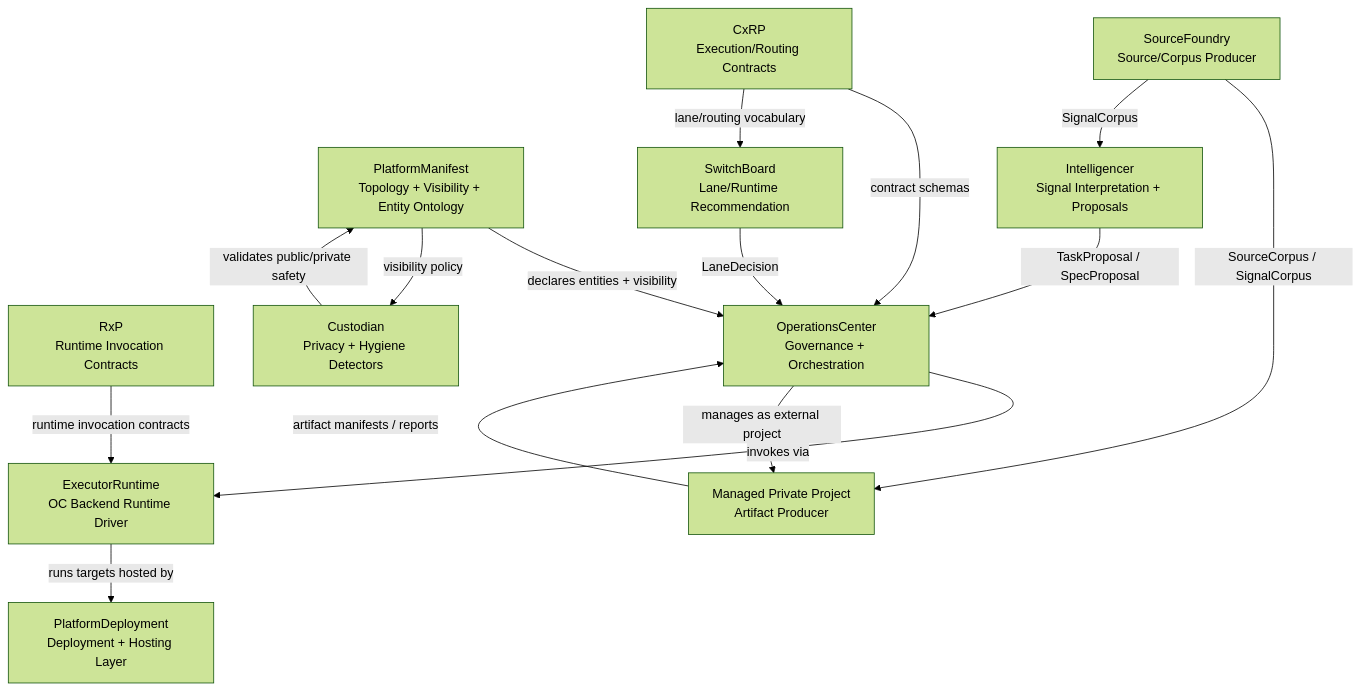
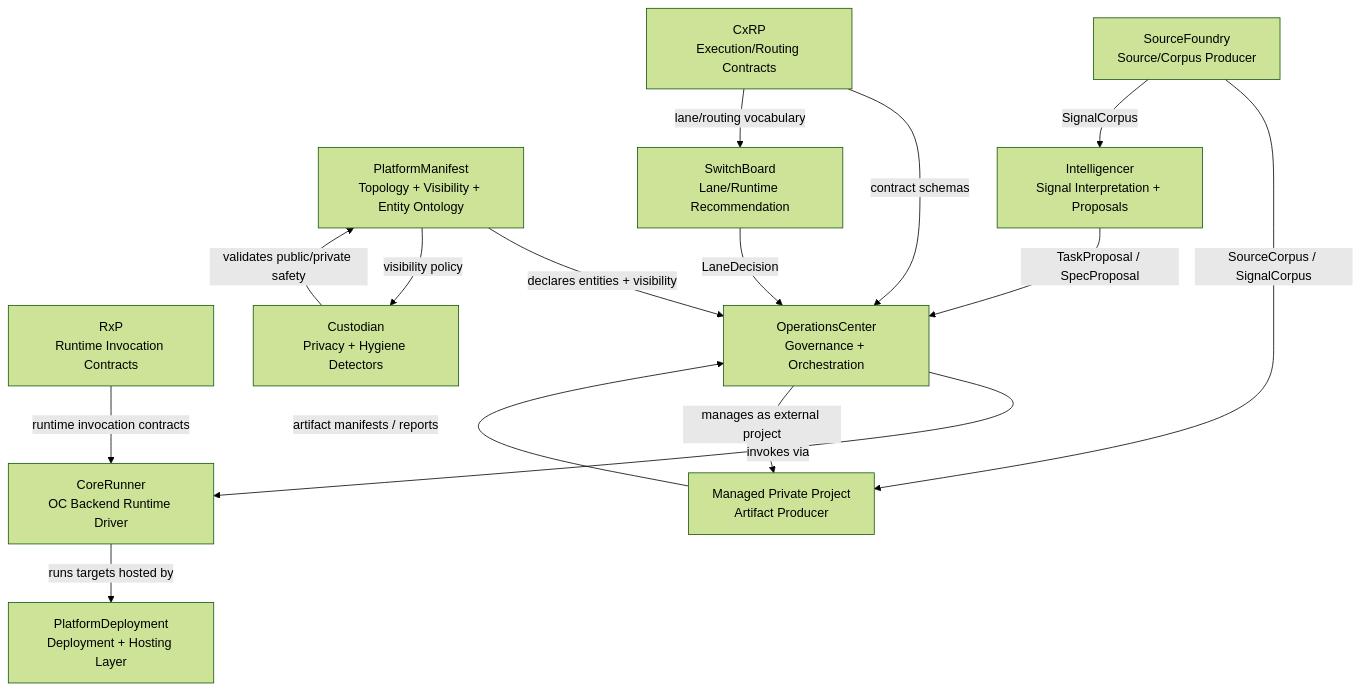
Before and after one commit to ProtocolWarden/PlatformManifest: the first of 2 diagrams in docs/architecture/platform_topology.md, drawn with Mermaid (forest theme). The commit also changed other lines of this file and 13 other files, not shown here.

First line of the commit message:
feat(phase-4): rename executor_runtime → core_runner in manifest and tests

````diff
--- a/docs/architecture/platform_topology.md
+++ b/docs/architecture/platform_topology.md
@@ -24,32 +24,32 @@
 ```mermaid
 graph TD
     PM[PlatformManifest\nTopology + Visibility + Entity Ontology]
     CX[CxRP\nExecution/Routing Contracts]
     RX[RxP\nRuntime Invocation Contracts]
     OC[OperationsCenter\nGovernance + Orchestration]
     SB[SwitchBoard\nLane/Runtime Recommendation]
-    ER[ExecutorRuntime\nOC Backend Runtime Driver]
+    ER[CoreRunner\nOC Backend Runtime Driver]
     WS[PlatformDeployment\nDeployment + Hosting Layer]
     MP[Managed Private Project\nArtifact Producer]
     SF[SourceFoundry\nSource/Corpus Producer]
     INT[Intelligencer\nSignal Interpretation + Proposals]
     CUST[Custodian\nPrivacy + Hygiene Detectors]
 
     PM -->|declares entities + visibility| OC
     PM -->|visibility policy| CUST
     CUST -->|validates public/private safety| PM
 
     CX -->|contract schemas| OC
     CX -->|lane/routing vocabulary| SB
     RX -->|runtime invocation contracts| ER
 
     INT -->|TaskProposal / SpecProposal| OC
     SB -->|LaneDecision| OC
     OC -->|invokes via| ER
     ER -->|runs targets hosted by| WS
 
     OC -->|manages as external project| MP
     MP -->|artifact manifests / reports| OC
     SF -->|SourceCorpus / SignalCorpus| MP
     SF -->|SignalCorpus| INT
 ```
````
